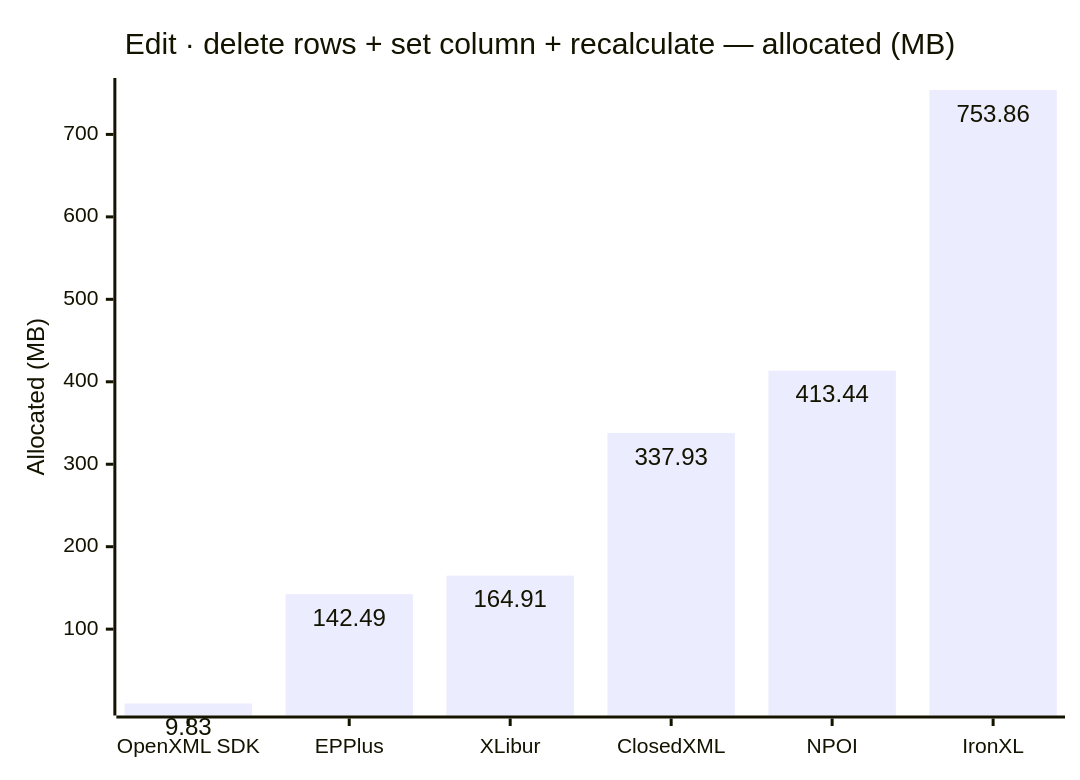
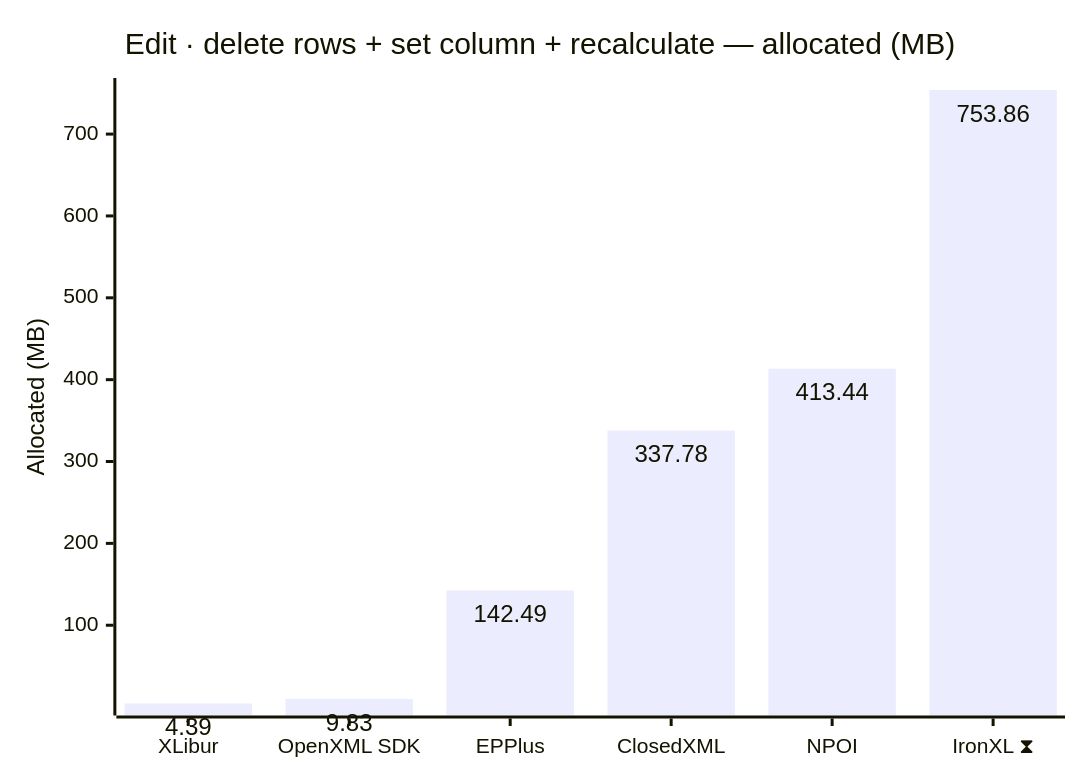
The tenth of 10 diagrams in docs/results.md (jafin/XLBench), drawn with Mermaid before and after one commit. The commit also changed other lines of this file and 2 other files, not shown here.

First line of the commit message:
docs: refresh benchmark results on XLibur 0.300.0

````diff
--- a/docs/results.md
+++ b/docs/results.md
@@ -152,12 +156,12 @@
 ```mermaid
 ---
 config:
   xyChart:
     showDataLabel: true
 ---
 xychart-beta
     title "Edit · delete rows + set column + recalculate — allocated (MB)"
-    x-axis ["OpenXML SDK", "EPPlus", "XLibur", "ClosedXML", "NPOI", "IronXL"]
+    x-axis ["XLibur", "OpenXML SDK", "EPPlus", "ClosedXML", "NPOI", "IronXL ⧗"]
     y-axis "Allocated (MB)"
-    bar [9.83, 142.49, 164.91, 337.93, 413.44, 753.86]
+    bar [4.39, 9.83, 142.49, 337.78, 413.44, 753.86]
 ```
````
